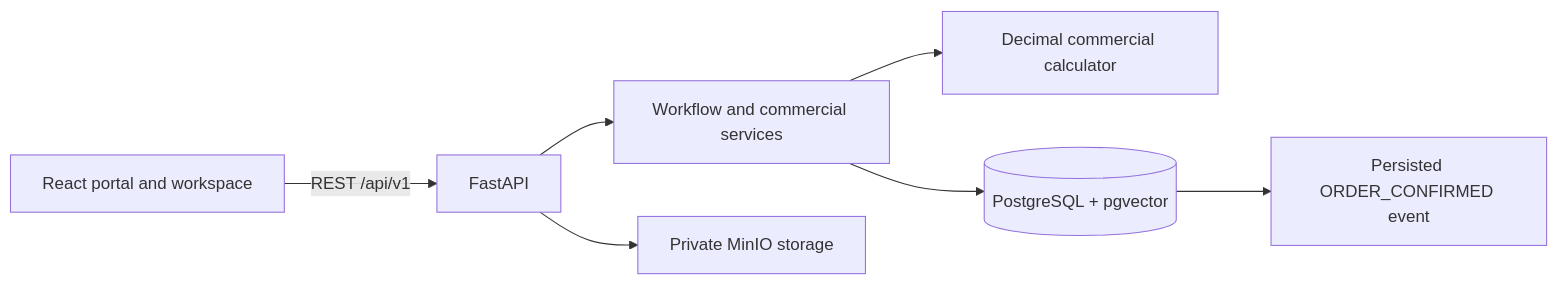
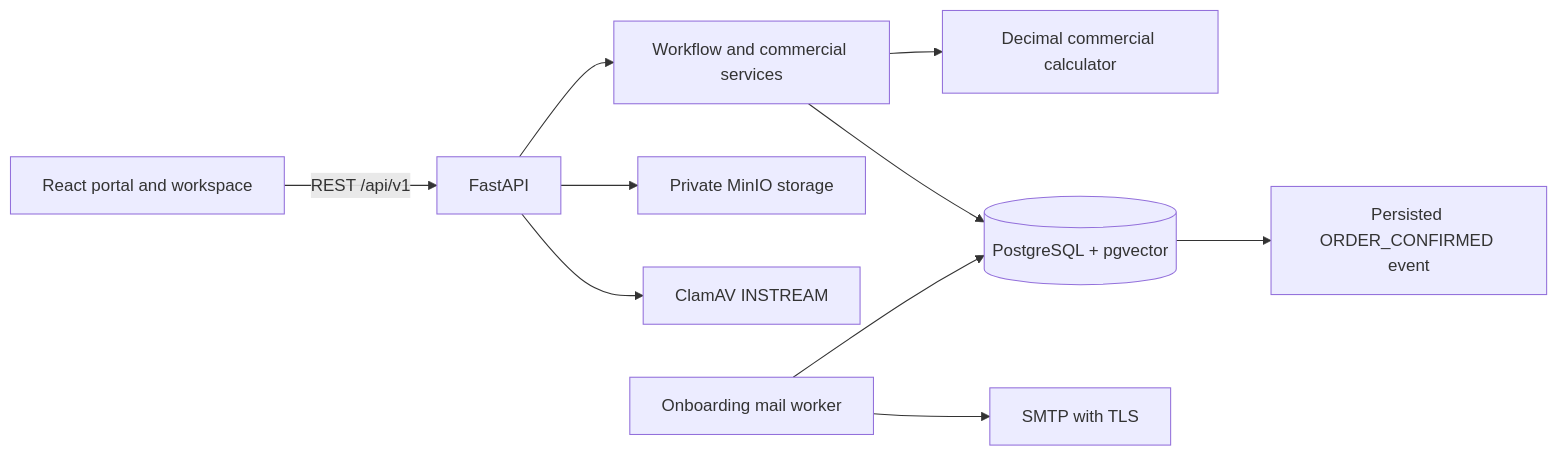
Before and after one commit to Swastika06/sales: the diagram in docs/Architecture.md, drawn with Mermaid. The commit also changed other lines of this file and 23 other files, not shown here.

````diff
--- a/docs/Architecture.md
+++ b/docs/Architecture.md
@@ -7,9 +7,12 @@
 ```mermaid
 flowchart LR
     Browser[React portal and workspace] -->|REST /api/v1| API[FastAPI]
     API --> Services[Workflow and commercial services]
     Services --> Calculator[Decimal commercial calculator]
     Services --> DB[(PostgreSQL + pgvector)]
     API --> Storage[Private MinIO storage]
+    API --> Scanner[ClamAV INSTREAM]
+    Worker[Onboarding mail worker] --> DB
+    Worker --> SMTP[SMTP with TLS]
     DB --> Events[Persisted ORDER_CONFIRMED event]
 ```
````
